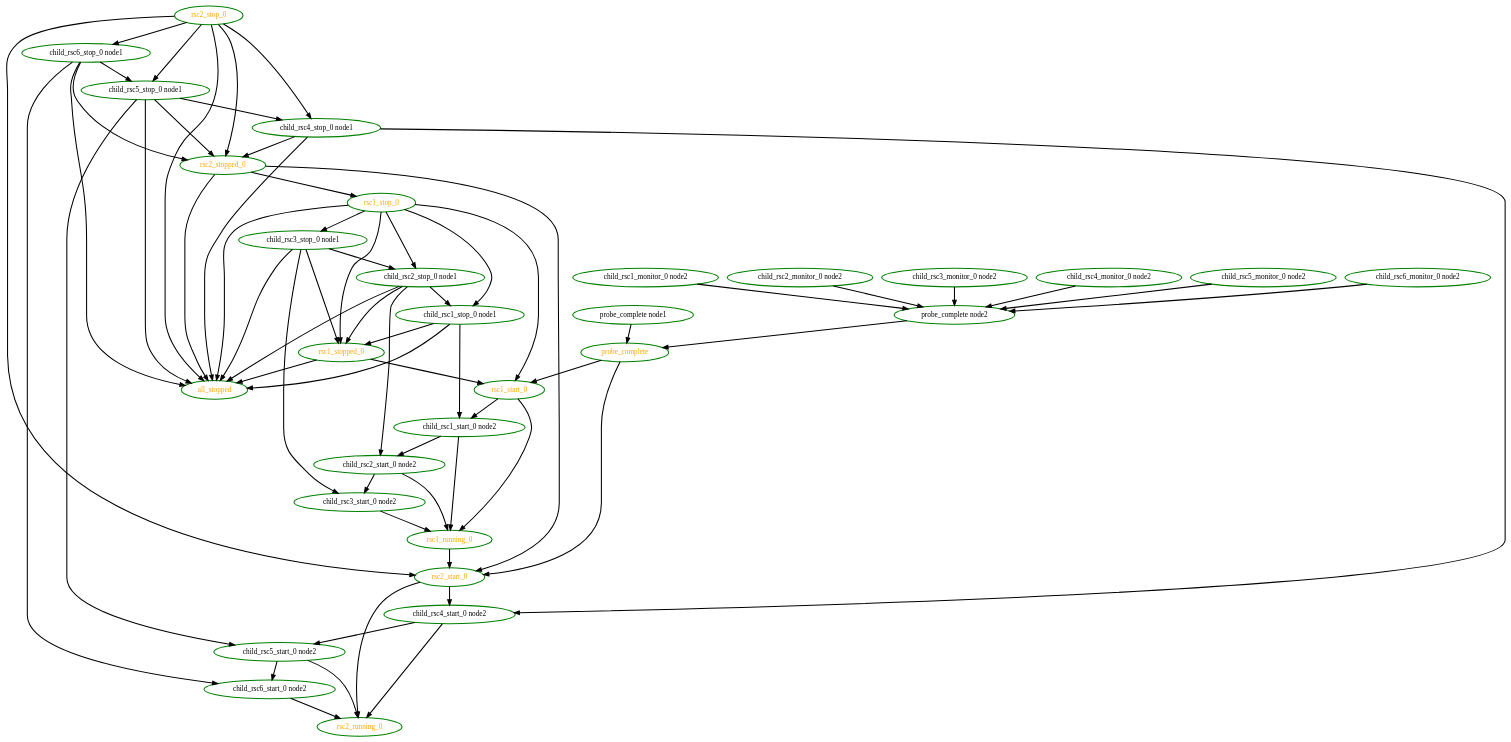
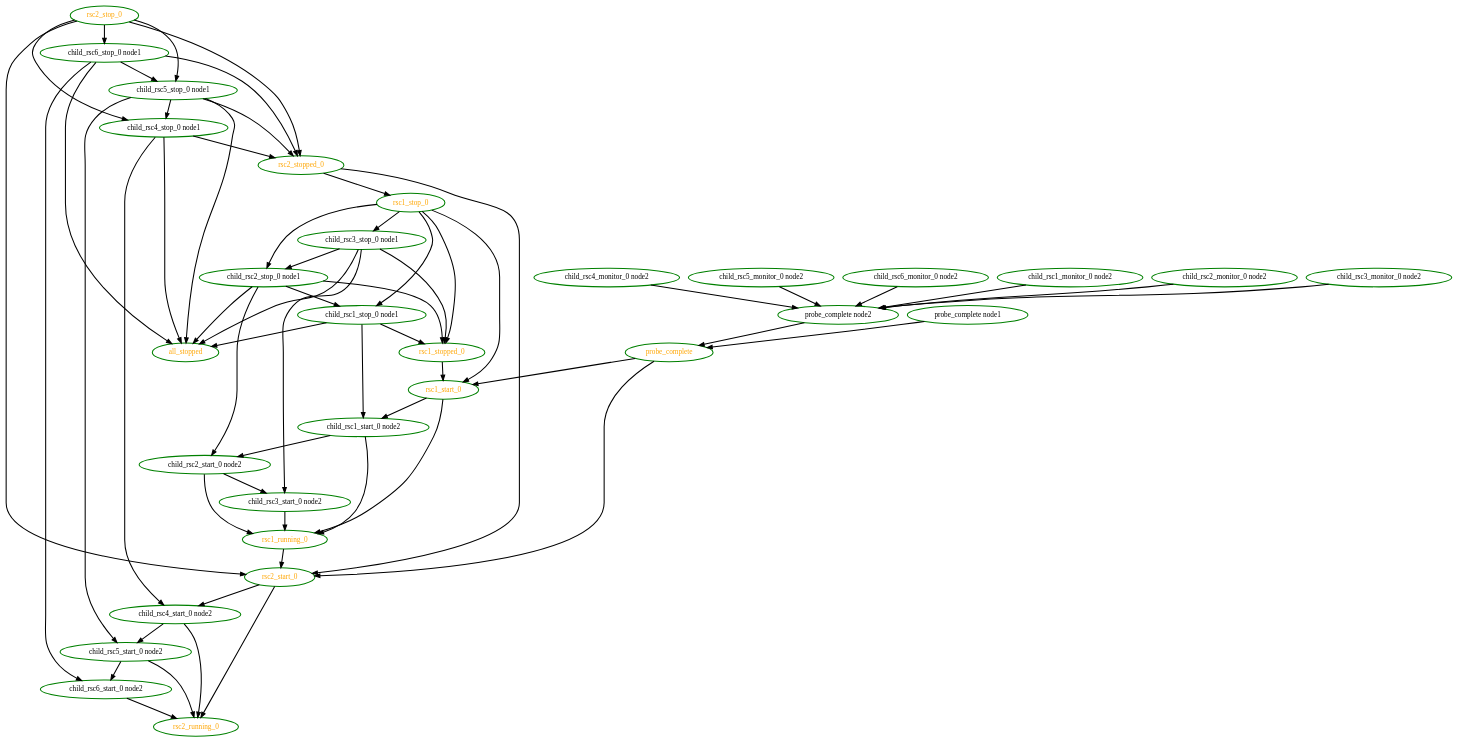
Before and after one commit to richiewen8/heartbeat: the diagram in crm/pengine/testcases/group6.dot, drawn with Graphviz. The commit also changed 82 other files, not shown here.

Commit message:
High: PE: all_stopped should only depend on native resources to avoid recursion

```diff
--- a/crm/pengine/testcases/group6.dot
+++ b/crm/pengine/testcases/group6.dot
@@ -1,96 +1,92 @@
  digraph "g" {
 "all_stopped" [ style=bold color="green" fontcolor="orange"  ]
 "child_rsc1_monitor_0 node2" -> "probe_complete node2" [ style = bold]
 "child_rsc1_monitor_0 node2" [ style=bold color="green" fontcolor="black" ]
 "child_rsc1_start_0 node2" -> "child_rsc2_start_0 node2" [ style = bold]
 "child_rsc1_start_0 node2" -> "rsc1_running_0" [ style = bold]
 "child_rsc1_start_0 node2" [ style=bold color="green" fontcolor="black" ]
 "child_rsc1_stop_0 node1" -> "all_stopped" [ style = bold]
 "child_rsc1_stop_0 node1" -> "child_rsc1_start_0 node2" [ style = bold]
 "child_rsc1_stop_0 node1" -> "rsc1_stopped_0" [ style = bold]
 "child_rsc1_stop_0 node1" [ style=bold color="green" fontcolor="black" ]
 "child_rsc2_monitor_0 node2" -> "probe_complete node2" [ style = bold]
 "child_rsc2_monitor_0 node2" [ style=bold color="green" fontcolor="black" ]
 "child_rsc2_start_0 node2" -> "child_rsc3_start_0 node2" [ style = bold]
 "child_rsc2_start_0 node2" -> "rsc1_running_0" [ style = bold]
 "child_rsc2_start_0 node2" [ style=bold color="green" fontcolor="black" ]
 "child_rsc2_stop_0 node1" -> "all_stopped" [ style = bold]
 "child_rsc2_stop_0 node1" -> "child_rsc1_stop_0 node1" [ style = bold]
 "child_rsc2_stop_0 node1" -> "child_rsc2_start_0 node2" [ style = bold]
 "child_rsc2_stop_0 node1" -> "rsc1_stopped_0" [ style = bold]
 "child_rsc2_stop_0 node1" [ style=bold color="green" fontcolor="black" ]
 "child_rsc3_monitor_0 node2" -> "probe_complete node2" [ style = bold]
 "child_rsc3_monitor_0 node2" [ style=bold color="green" fontcolor="black" ]
 "child_rsc3_start_0 node2" -> "rsc1_running_0" [ style = bold]
 "child_rsc3_start_0 node2" [ style=bold color="green" fontcolor="black" ]
 "child_rsc3_stop_0 node1" -> "all_stopped" [ style = bold]
 "child_rsc3_stop_0 node1" -> "child_rsc2_stop_0 node1" [ style = bold]
 "child_rsc3_stop_0 node1" -> "child_rsc3_start_0 node2" [ style = bold]
 "child_rsc3_stop_0 node1" -> "rsc1_stopped_0" [ style = bold]
 "child_rsc3_stop_0 node1" [ style=bold color="green" fontcolor="black" ]
 "child_rsc4_monitor_0 node2" -> "probe_complete node2" [ style = bold]
 "child_rsc4_monitor_0 node2" [ style=bold color="green" fontcolor="black" ]
 "child_rsc4_start_0 node2" -> "child_rsc5_start_0 node2" [ style = bold]
 "child_rsc4_start_0 node2" -> "rsc2_running_0" [ style = bold]
 "child_rsc4_start_0 node2" [ style=bold color="green" fontcolor="black" ]
 "child_rsc4_stop_0 node1" -> "all_stopped" [ style = bold]
 "child_rsc4_stop_0 node1" -> "child_rsc4_start_0 node2" [ style = bold]
 "child_rsc4_stop_0 node1" -> "rsc2_stopped_0" [ style = bold]
 "child_rsc4_stop_0 node1" [ style=bold color="green" fontcolor="black" ]
 "child_rsc5_monitor_0 node2" -> "probe_complete node2" [ style = bold]
 "child_rsc5_monitor_0 node2" [ style=bold color="green" fontcolor="black" ]
 "child_rsc5_start_0 node2" -> "child_rsc6_start_0 node2" [ style = bold]
 "child_rsc5_start_0 node2" -> "rsc2_running_0" [ style = bold]
 "child_rsc5_start_0 node2" [ style=bold color="green" fontcolor="black" ]
 "child_rsc5_stop_0 node1" -> "all_stopped" [ style = bold]
 "child_rsc5_stop_0 node1" -> "child_rsc4_stop_0 node1" [ style = bold]
 "child_rsc5_stop_0 node1" -> "child_rsc5_start_0 node2" [ style = bold]
 "child_rsc5_stop_0 node1" -> "rsc2_stopped_0" [ style = bold]
 "child_rsc5_stop_0 node1" [ style=bold color="green" fontcolor="black" ]
 "child_rsc6_monitor_0 node2" -> "probe_complete node2" [ style = bold]
 "child_rsc6_monitor_0 node2" [ style=bold color="green" fontcolor="black" ]
 "child_rsc6_start_0 node2" -> "rsc2_running_0" [ style = bold]
 "child_rsc6_start_0 node2" [ style=bold color="green" fontcolor="black" ]
 "child_rsc6_stop_0 node1" -> "all_stopped" [ style = bold]
 "child_rsc6_stop_0 node1" -> "child_rsc5_stop_0 node1" [ style = bold]
 "child_rsc6_stop_0 node1" -> "child_rsc6_start_0 node2" [ style = bold]
 "child_rsc6_stop_0 node1" -> "rsc2_stopped_0" [ style = bold]
 "child_rsc6_stop_0 node1" [ style=bold color="green" fontcolor="black" ]
 "probe_complete node1" -> "probe_complete" [ style = bold]
 "probe_complete node1" [ style=bold color="green" fontcolor="black" ]
 "probe_complete node2" -> "probe_complete" [ style = bold]
 "probe_complete node2" [ style=bold color="green" fontcolor="black" ]
 "probe_complete" -> "rsc1_start_0" [ style = bold]
 "probe_complete" -> "rsc2_start_0" [ style = bold]
 "probe_complete" [ style=bold color="green" fontcolor="orange" ]
 "rsc1_running_0" -> "rsc2_start_0" [ style = bold]
 "rsc1_running_0" [ style=bold color="green" fontcolor="orange" ]
 "rsc1_start_0" -> "child_rsc1_start_0 node2" [ style = bold]
 "rsc1_start_0" -> "rsc1_running_0" [ style = bold]
 "rsc1_start_0" [ style=bold color="green" fontcolor="orange" ]
-"rsc1_stop_0" -> "all_stopped" [ style = bold]
 "rsc1_stop_0" -> "child_rsc1_stop_0 node1" [ style = bold]
 "rsc1_stop_0" -> "child_rsc2_stop_0 node1" [ style = bold]
 "rsc1_stop_0" -> "child_rsc3_stop_0 node1" [ style = bold]
 "rsc1_stop_0" -> "rsc1_start_0" [ style = bold]
 "rsc1_stop_0" -> "rsc1_stopped_0" [ style = bold]
 "rsc1_stop_0" [ style=bold color="green" fontcolor="orange" ]
-"rsc1_stopped_0" -> "all_stopped" [ style = bold]
 "rsc1_stopped_0" -> "rsc1_start_0" [ style = bold]
 "rsc1_stopped_0" [ style=bold color="green" fontcolor="orange" ]
 "rsc2_running_0" [ style=bold color="green" fontcolor="orange" ]
 "rsc2_start_0" -> "child_rsc4_start_0 node2" [ style = bold]
 "rsc2_start_0" -> "rsc2_running_0" [ style = bold]
 "rsc2_start_0" [ style=bold color="green" fontcolor="orange" ]
-"rsc2_stop_0" -> "all_stopped" [ style = bold]
 "rsc2_stop_0" -> "child_rsc4_stop_0 node1" [ style = bold]
 "rsc2_stop_0" -> "child_rsc5_stop_0 node1" [ style = bold]
 "rsc2_stop_0" -> "child_rsc6_stop_0 node1" [ style = bold]
 "rsc2_stop_0" -> "rsc2_start_0" [ style = bold]
 "rsc2_stop_0" -> "rsc2_stopped_0" [ style = bold]
 "rsc2_stop_0" [ style=bold color="green" fontcolor="orange" ]
-"rsc2_stopped_0" -> "all_stopped" [ style = bold]
 "rsc2_stopped_0" -> "rsc1_stop_0" [ style = bold]
 "rsc2_stopped_0" -> "rsc2_start_0" [ style = bold]
 "rsc2_stopped_0" [ style=bold color="green" fontcolor="orange" ]
 }
```
